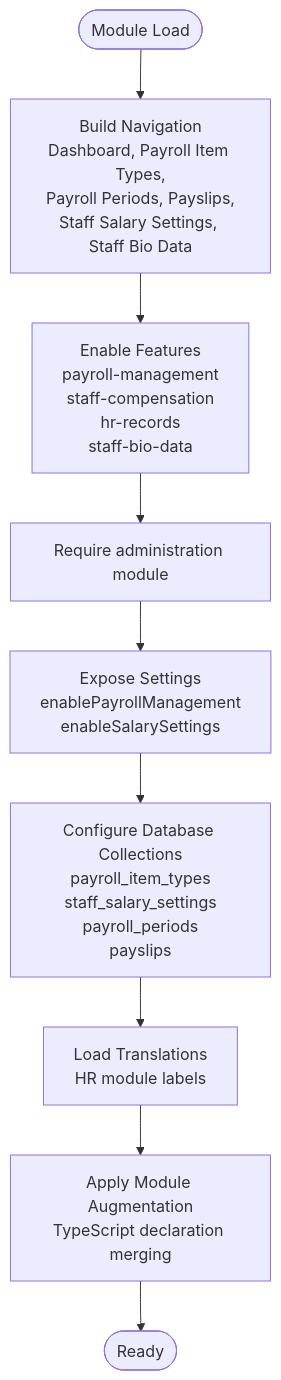
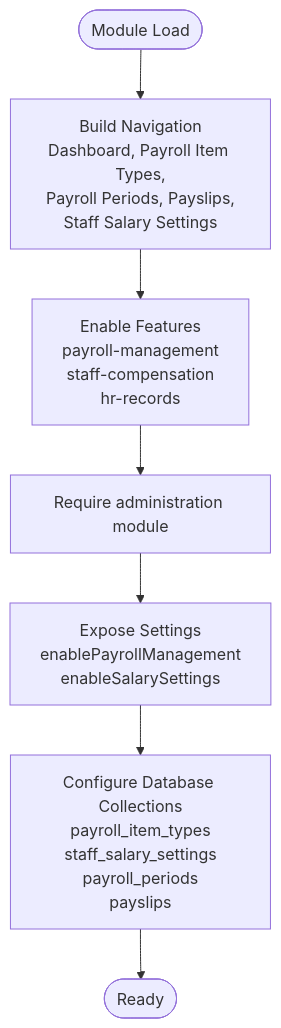
The fourth of 11 diagrams in .qoder/repowiki/en/content/Modules System/HR Module.md (geniusdynamics/schoolpilot), drawn with Mermaid before and after one commit. The commit also changed other lines of this file and 311 other files, not shown here.

````diff
--- a/.qoder/repowiki/en/content/Modules System/HR Module.md
+++ b/.qoder/repowiki/en/content/Modules System/HR Module.md
@@ -374,11 +188,9 @@
 ```mermaid
 flowchart TD
-Start(["Module Load"]) --> Nav["Build Navigation<br/>Dashboard, Payroll Item Types,<br/>Payroll Periods, Payslips,<br/>Staff Salary Settings, Staff Bio Data"]
-Nav --> Features["Enable Features<br/>payroll-management<br/>staff-compensation<br/>hr-records<br/>staff-bio-data"]
+Start(["Module Load"]) --> Nav["Build Navigation<br/>Dashboard, Payroll Item Types,<br/>Payroll Periods, Payslips,<br/>Staff Salary Settings"]
+Nav --> Features["Enable Features<br/>payroll-management<br/>staff-compensation<br/>hr-records"]
 Features --> Deps["Require administration module"]
 Deps --> Settings["Expose Settings<br/>enablePayrollManagement<br/>enableSalarySettings"]
 Settings --> Collections["Configure Database Collections<br/>payroll_item_types<br/>staff_salary_settings<br/>payroll_periods<br/>payslips"]
-Collections --> I18n["Load Translations<br/>HR module labels"]
-I18n --> Aug["Apply Module Augmentation<br/>TypeScript declaration merging"]
-Aug --> End(["Ready"])
+Collections --> End(["Ready"])
 ```
````
